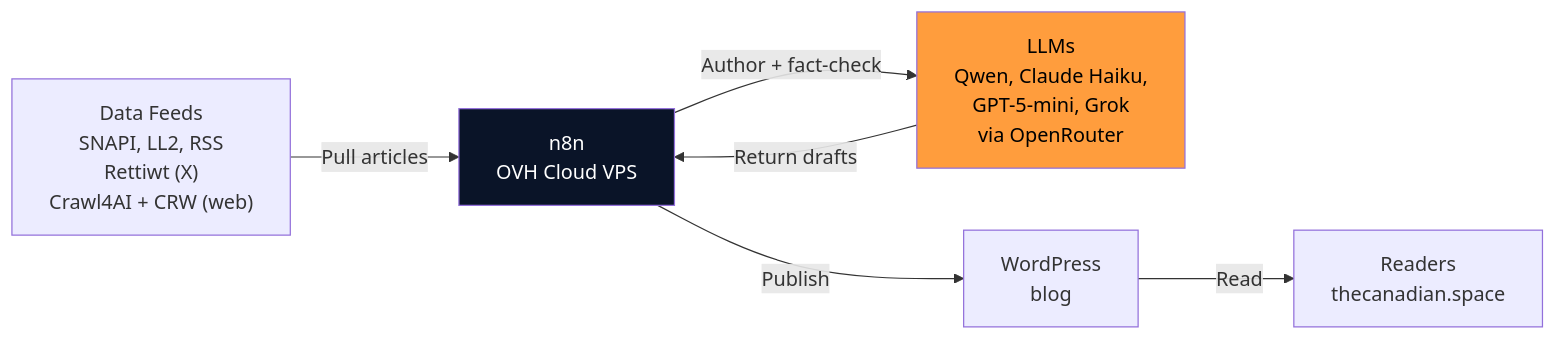
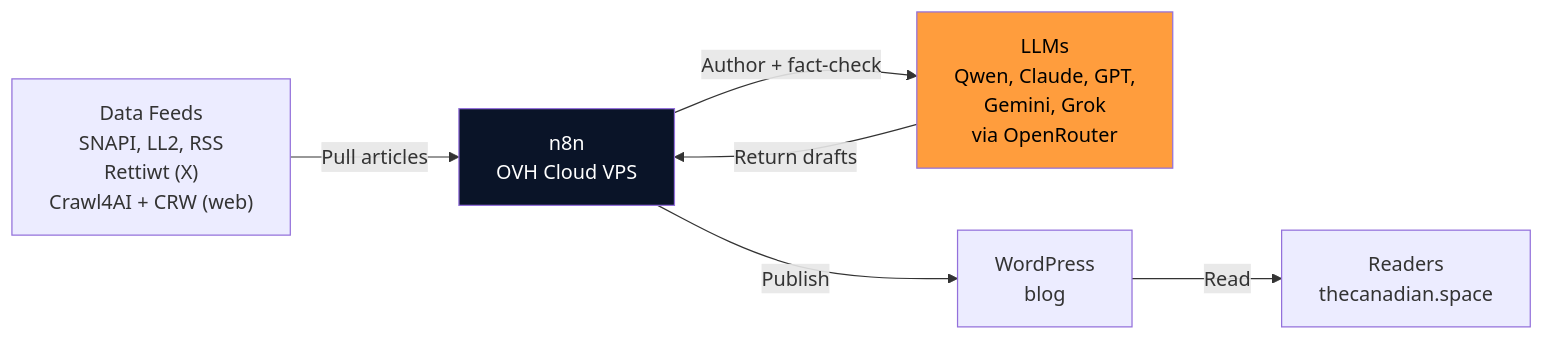
The diagram in docs/technology/index.md (The-Canadian-Space/tcs-public-wiki), drawn with Mermaid before and after one commit. The commit also changed other lines of this file and 8 other files, not shown here.

First line of the commit message:
docs: describe both publishing routes and the fact check accurately (tcs-docs#260)

````diff
--- a/docs/technology/index.md
+++ b/docs/technology/index.md
@@ -25,10 +25,10 @@
 ```mermaid
 graph LR
     A["Data Feeds<br/>SNAPI, LL2, RSS<br/>Rettiwt (X)<br/>Crawl4AI + CRW (web)"] -->|"Pull articles"| B["n8n<br/>OVH Cloud VPS"]
-    B -->|"Author + fact-check"| C["LLMs<br/>Qwen, Claude Haiku,<br/>GPT-5-mini, Grok<br/>via OpenRouter"]
+    B -->|"Author + fact-check"| C["LLMs<br/>Qwen, Claude, GPT,<br/>Gemini, Grok<br/>via OpenRouter"]
     C -->|"Return drafts"| B
     B -->|"Publish"| D["WordPress<br/>blog"]
     D -->|"Read"| E["Readers<br/>thecanadian.space"]
     style B fill:#0A1428,color:#fff
     style C fill:#FF9D3D,color:#000
 ```
````
